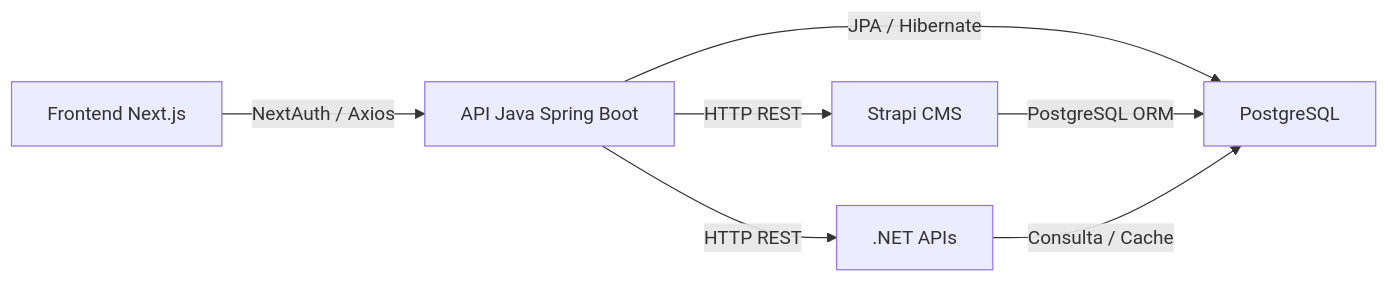
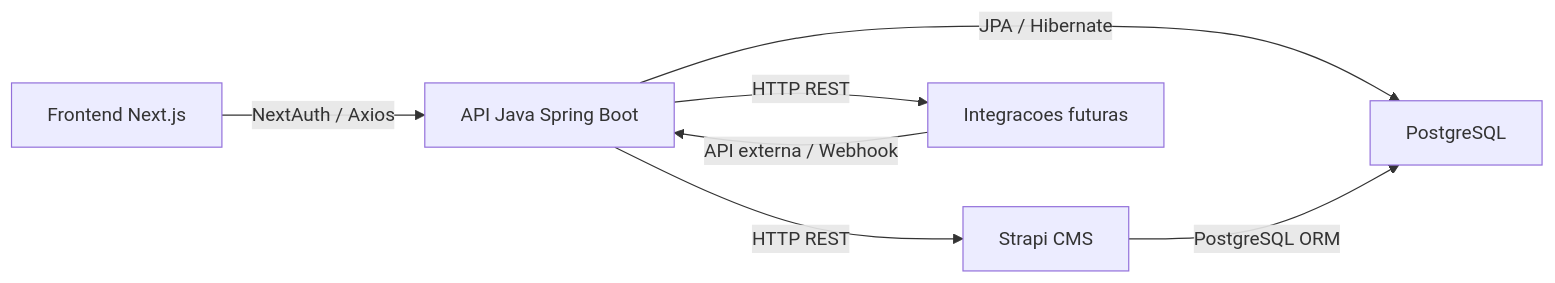
Before and after one commit to wemersonnino/FullStack: the third of 5 diagrams in docs/Arquitetura/Arquitetura-de-Sistema.md, drawn with Mermaid. The commit also changed other lines of this file and 70 other files, not shown here.

````diff
--- a/docs/Arquitetura/Arquitetura-de-Sistema.md
+++ b/docs/Arquitetura/Arquitetura-de-Sistema.md
@@ -97,9 +97,9 @@
 ```mermaid
 graph LR
     A[Frontend Next.js] -->|NextAuth / Axios| B[API Java Spring Boot]
     B -->|JPA / Hibernate| C[PostgreSQL]
     B -->|HTTP REST| D[Strapi CMS]
-    B -->|HTTP REST| E[.NET APIs]
+    B -->|HTTP REST| E[Integracoes futuras]
     D -->|PostgreSQL ORM| C
-    E -->|Consulta / Cache| C
+    E -->|API externa / Webhook| B
 ```
````
